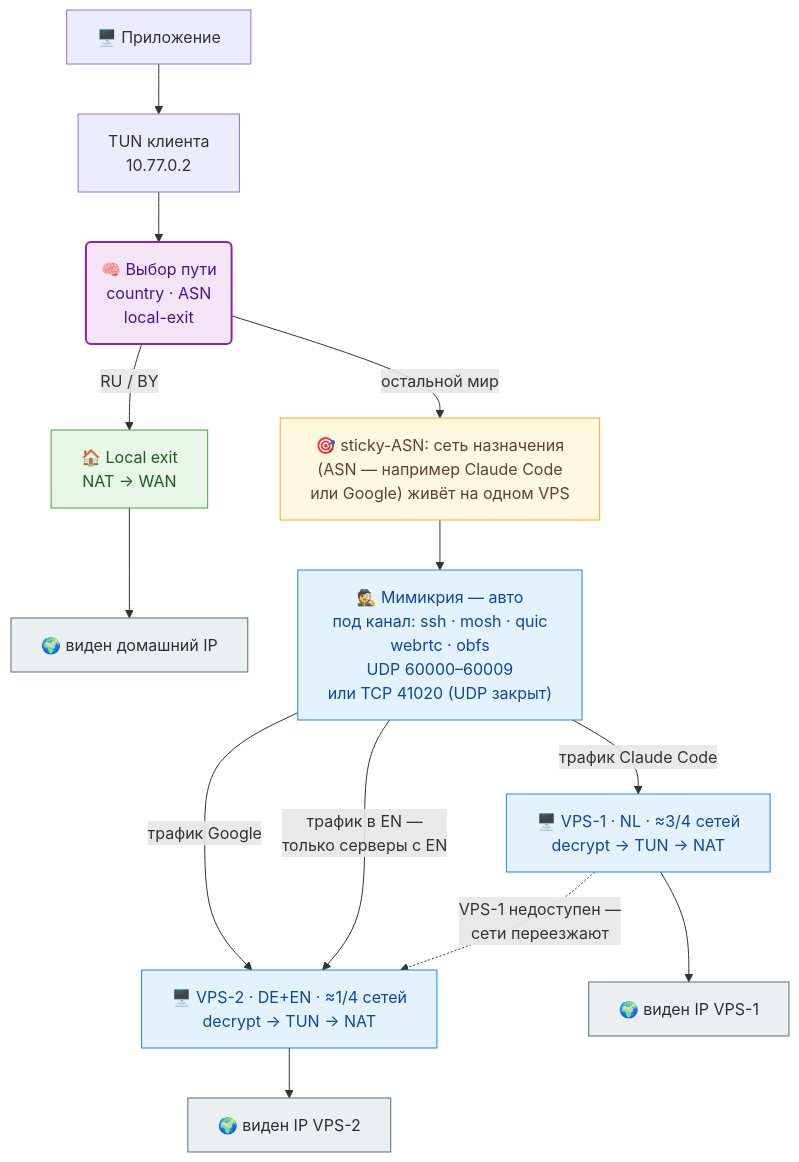
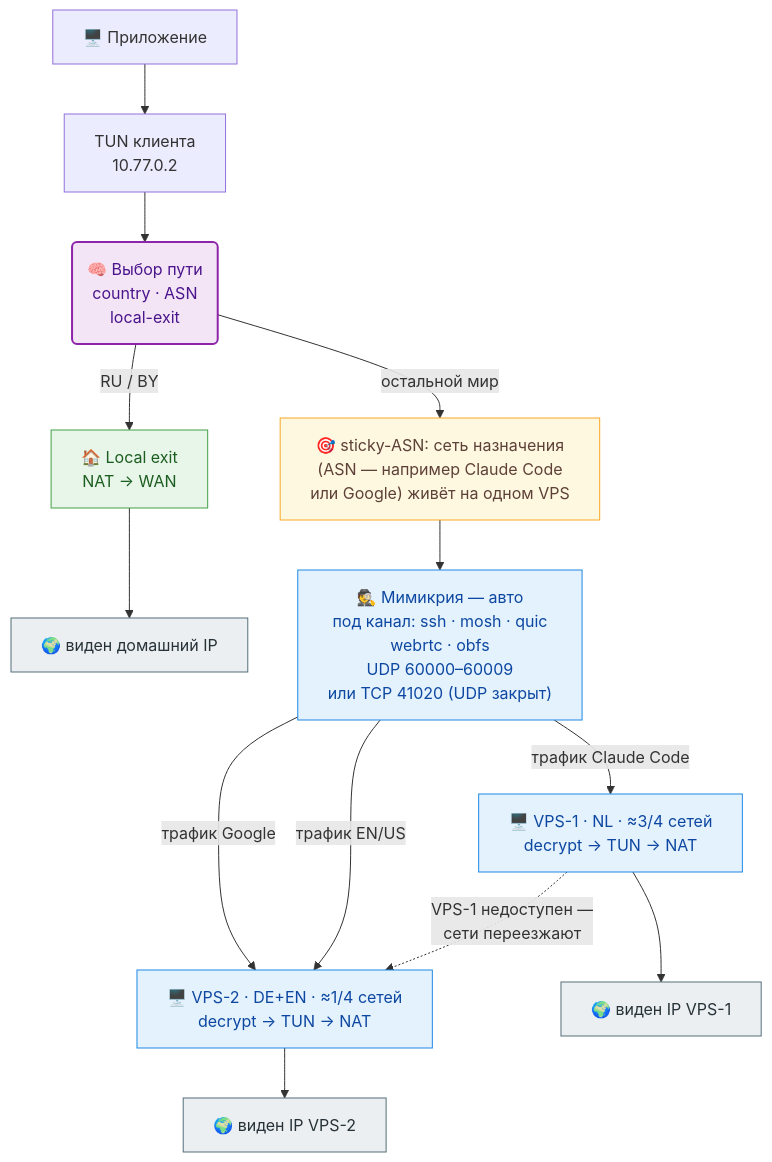
The diagram in README.md (vadv/svpn), drawn with Mermaid before and after one commit. The commit also changed other lines of this file and 1 other file, not shown here.

Commit message:
docs: show EN/US routing as a regular example without emphasis

````diff
--- a/README.md
+++ b/README.md
@@ -9,26 +9,26 @@
 ```mermaid
 %%{init: {"flowchart": {"wrappingWidth": 280}}}%%
 flowchart TD
     app["🖥️ Приложение"] --> tun["TUN клиента<br/>10.77.0.2"]
     tun --> brain("🧠 Выбор пути<br/>country · ASN<br/>local-exit")
     brain -->|"RU / BY"| local["🏠 Local exit<br/>NAT → WAN"]
     local --> home["🌍 виден домашний IP"]
     brain -->|"остальной мир"| asn["🎯 sticky-ASN: сеть назначения<br/>(ASN — например Claude Code<br/>или Google) живёт на одном VPS"]
     asn --> mimic["🕵️ Мимикрия — авто<br/>под канал: ssh · mosh · quic<br/>webrtc · obfs<br/>UDP 60000–60009<br/>или TCP 41020 (UDP закрыт)"]
     mimic -->|"трафик Claude Code"| vps1["🖥️ VPS-1 · NL · ≈3/4 сетей<br/>decrypt → TUN → NAT"]
     mimic -->|"трафик Google"| vps2["🖥️ VPS-2 · DE+EN · ≈1/4 сетей<br/>decrypt → TUN → NAT"]
-    mimic -->|"трафик в EN —<br/>только серверы с EN"| vps2
+    mimic -->|"трафик EN/US"| vps2
     vps1 --> net1["🌍 виден IP VPS-1"]
     vps2 --> net2["🌍 виден IP VPS-2"]
     vps1 -.->|"VPS-1 недоступен —<br/>сети переезжают"| vps2
     classDef brain fill:#f3e5f5,stroke:#8e24aa,stroke-width:2px,color:#4a148c
     classDef local fill:#e8f5e9,stroke:#43a047,color:#1b5e20
     classDef asn fill:#fff8e1,stroke:#f9a825,color:#5d4037
     classDef vpn fill:#e3f2fd,stroke:#1e88e5,color:#0d47a1
     classDef edge fill:#eceff1,stroke:#546e7a,color:#263238
     class brain brain
     class local local
     class asn asn
     class mimic,vps1,vps2 vpn
     class home,net1,net2 edge
 ```
````
